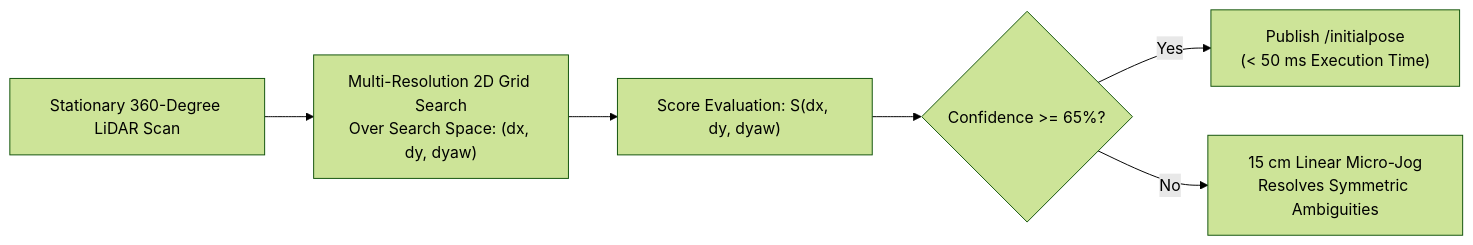
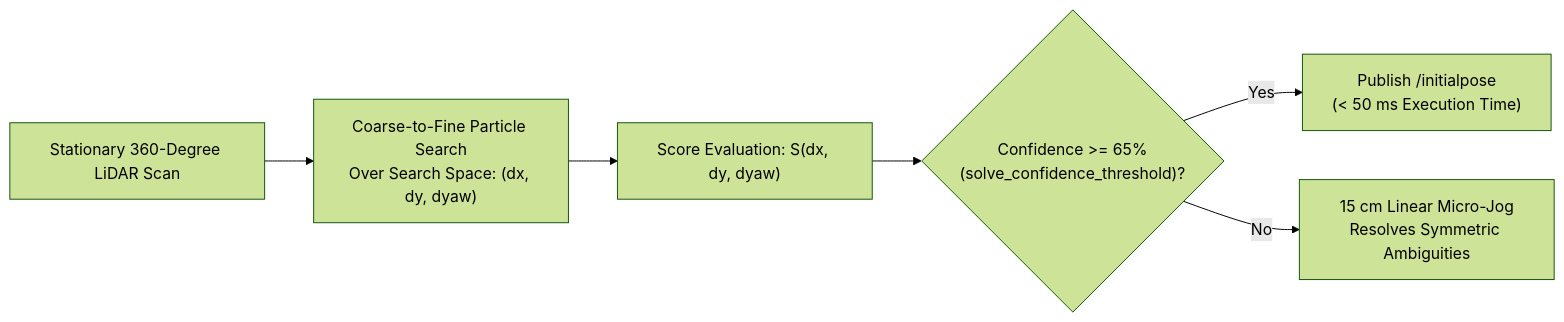
One commit to itbdelaboprogramming/msd700_documentation changed the fourth of 4 diagrams in docs/development/ros/boustrophedon-and-alignment.md. Above: the diagram before and after it, drawn with Mermaid (forest theme). The commit also changed other lines of this file and 110 other files, not shown here.

````diff
--- a/docs/development/ros/boustrophedon-and-alignment.md
+++ b/docs/development/ros/boustrophedon-and-alignment.md
@@ -102,8 +105,8 @@
 ```mermaid
 flowchart LR
-  SCAN["Stationary 360-Degree LiDAR Scan"] --> GRID_SEARCH["Multi-Resolution 2D Grid Search<br/>Over Search Space: (dx, dy, dyaw)"]
+  SCAN["Stationary 360-Degree LiDAR Scan"] --> GRID_SEARCH["Coarse-to-Fine Particle Search<br/>Over Search Space: (dx, dy, dyaw)"]
   GRID_SEARCH --> SCORE["Score Evaluation: S(dx, dy, dyaw)"]
-  SCORE --> CONF{"Confidence >= 65%?"}
+  SCORE --> CONF{"Confidence >= 65%<br/>(solve_confidence_threshold)?"}
   CONF -->|Yes| POSE["Publish /initialpose<br/>(< 50 ms Execution Time)"]
   CONF -->|No| JOG["15 cm Linear Micro-Jog<br/>Resolves Symmetric Ambiguities"]
 ```
````
